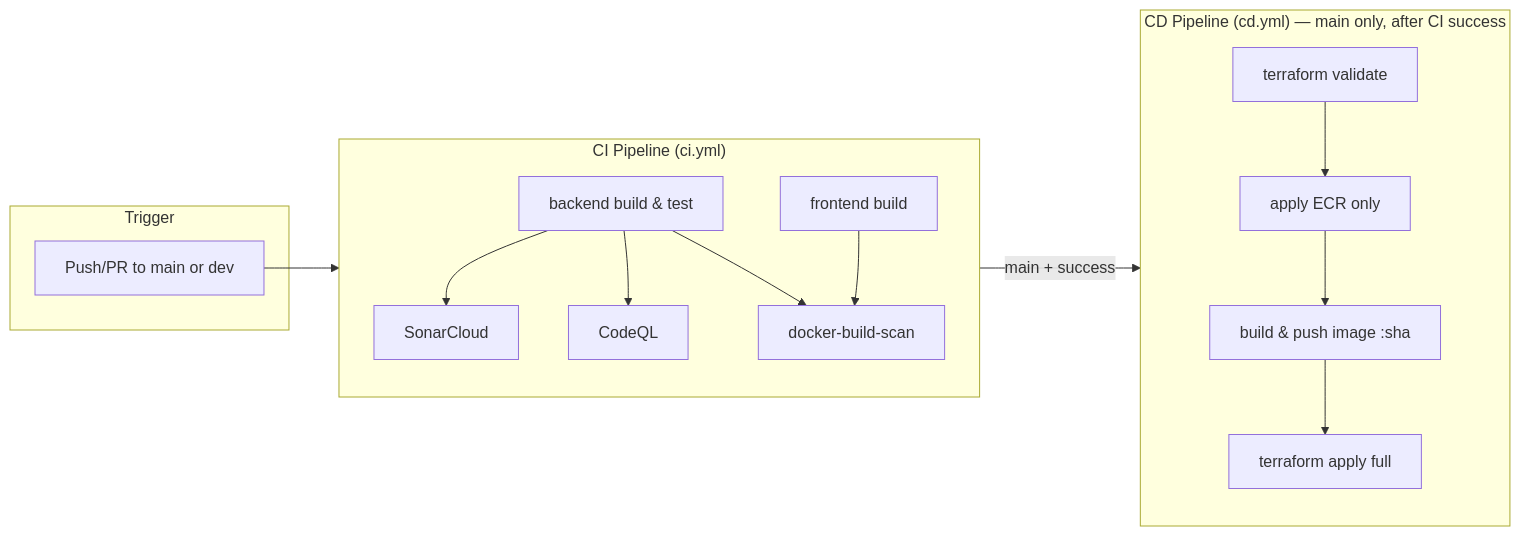
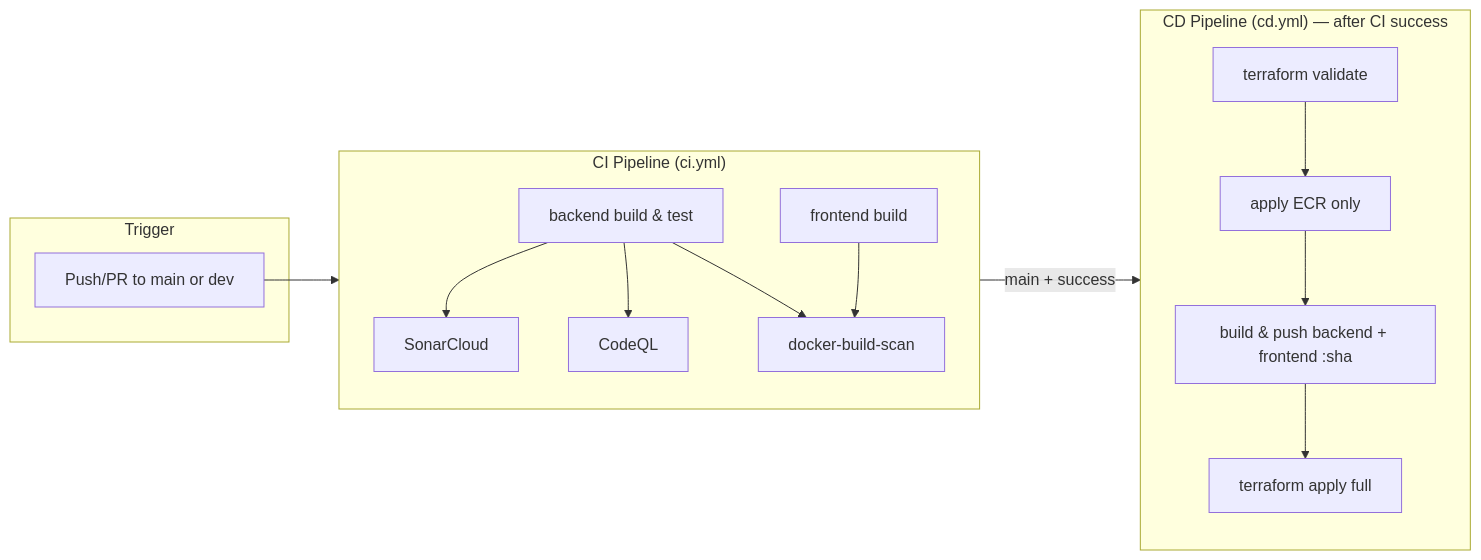
Before and after one commit to AmaliTech-Training-Academy/NSP_25_26_Team_5: the first of 2 diagrams in devops/README.md, drawn with Mermaid. The commit also changed other lines of this file and 25 other files, not shown here.

````diff
--- a/devops/README.md
+++ b/devops/README.md
@@ -120,29 +117,29 @@
 ```mermaid
 flowchart LR
   subgraph trigger["Trigger"]
     P[Push/PR to main or dev]
   end
 
   subgraph ci["CI Pipeline (ci.yml)"]
     B[backend build & test]
     F[frontend build]
     S[SonarCloud]
     Q[CodeQL]
     D[docker-build-scan]
     B --> S
     B --> Q
     B --> D
     F --> D
   end
 
-  subgraph cd["CD Pipeline (cd.yml) — main only, after CI success"]
+  subgraph cd["CD Pipeline (cd.yml) — after CI success"]
     V[terraform validate]
     E[apply ECR only]
-    I[build & push image :sha]
+    I[build & push backend + frontend :sha]
     A[terraform apply full]
     V --> E --> I --> A
   end
 
   P --> ci
   ci -->|"main + success"| cd
 ```
````
